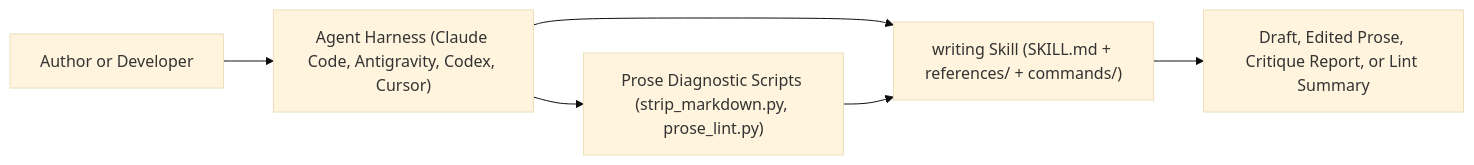
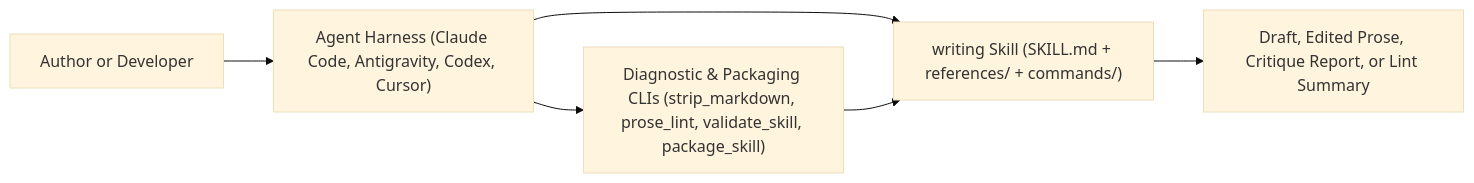
Before and after one commit to tkdtaylor/writing: the first of 3 diagrams in docs/architecture/diagrams.md, drawn with Mermaid (base theme). The commit also changed other lines of this file and 9 other files, not shown here.

Commit message:
docs: complete task 016 - architecture, spec, and doc drift closure

````diff
--- a/docs/architecture/diagrams.md
+++ b/docs/architecture/diagrams.md
@@ -7,8 +7,8 @@
 ```mermaid
 flowchart LR
     Author["Author or Developer"] --> Harness["Agent Harness (Claude Code, Antigravity, Codex, Cursor)"]
     Harness --> Skill["writing Skill (SKILL.md + references/ + commands/)"]
-    Harness --> CLI["Prose Diagnostic Scripts (strip_markdown.py, prose_lint.py)"]
+    Harness --> CLI["Diagnostic & Packaging CLIs (strip_markdown, prose_lint, validate_skill, package_skill)"]
     Skill --> Output["Draft, Edited Prose, Critique Report, or Lint Summary"]
     CLI --> Skill
 ```
````
